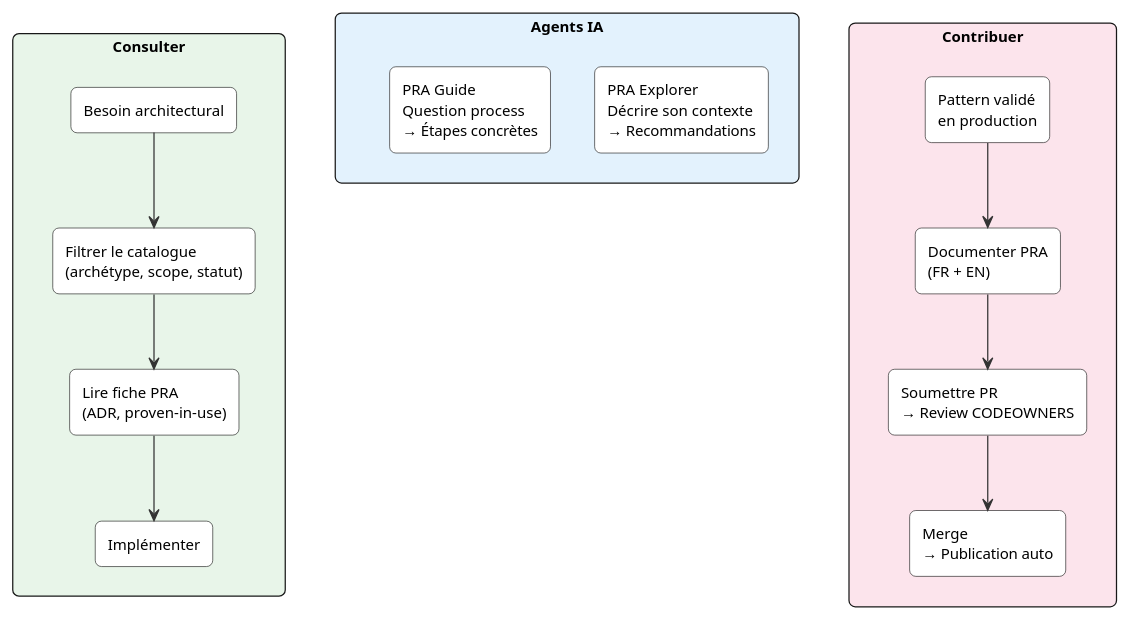
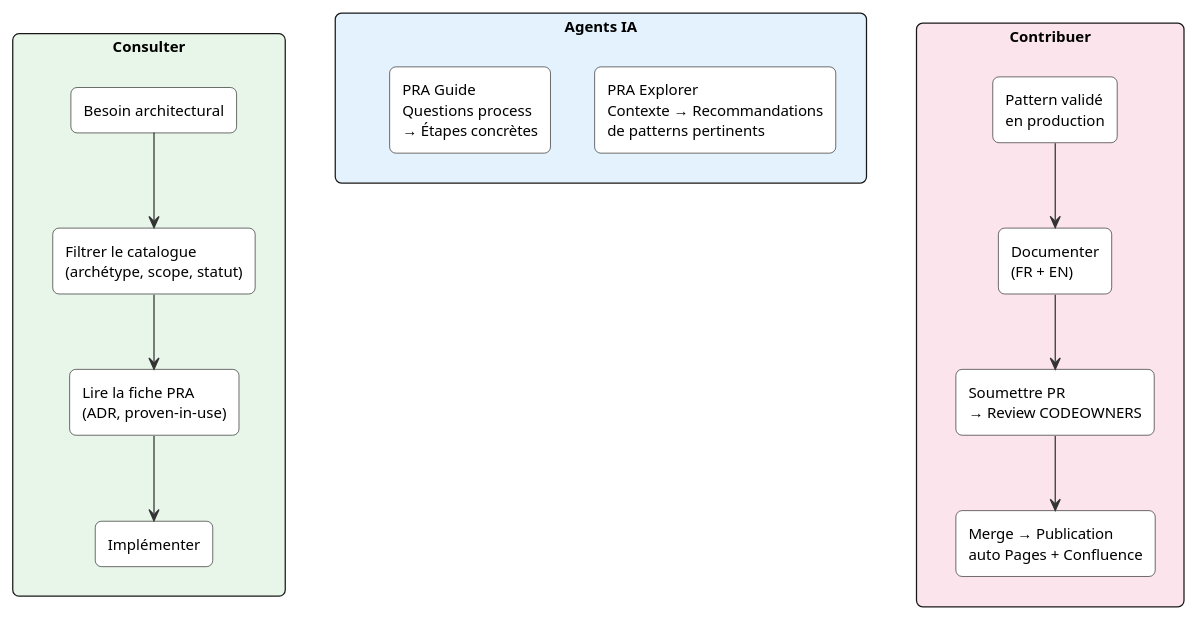
One commit to KiyaliHQ/proven-reusable-architecture changed the second of 6 diagrams in content/pras/fr/overview.adoc. Above: the diagram before and after it, drawn with PlantUML. The commit also changed other lines of this file and 2 other files, not shown here.

```diff
--- a/content/pras/fr/overview.adoc
+++ b/content/pras/fr/overview.adoc
@@ -55,39 +67,38 @@
 [plantuml]
 ----
 @startuml
 skinparam backgroundColor transparent
-skinparam defaultFontName "Segoe UI"
 skinparam defaultFontSize 12
 skinparam shadowing false
 skinparam roundCorner 10
 skinparam ArrowColor #333333
 
 rectangle "Consulter" as c1 #e8f5e9 {
   rectangle "Besoin architectural" as c1a #ffffff
   rectangle "Filtrer le catalogue\n(archétype, scope, statut)" as c1b #ffffff
-  rectangle "Lire fiche PRA\n(ADR, proven-in-use)" as c1c #ffffff
+  rectangle "Lire la fiche PRA\n(ADR, proven-in-use)" as c1c #ffffff
   rectangle "Implémenter" as c1d #ffffff
   c1a -down-> c1b
   c1b -down-> c1c
   c1c -down-> c1d
 }
 
 rectangle "Agents IA" as c2 #e3f2fd {
-  rectangle "PRA Explorer\nDécrire son contexte\n→ Recommandations" as c2a #ffffff
-  rectangle "PRA Guide\nQuestion process\n→ Étapes concrètes" as c2b #ffffff
+  rectangle "PRA Explorer\nContexte → Recommandations\nde patterns pertinents" as c2a #ffffff
+  rectangle "PRA Guide\nQuestions process\n→ Étapes concrètes" as c2b #ffffff
 }
 
 rectangle "Contribuer" as c3 #fce4ec {
   rectangle "Pattern validé\nen production" as c3a #ffffff
-  rectangle "Documenter PRA\n(FR + EN)" as c3b #ffffff
+  rectangle "Documenter\n(FR + EN)" as c3b #ffffff
   rectangle "Soumettre PR\n→ Review CODEOWNERS" as c3c #ffffff
-  rectangle "Merge\n→ Publication auto" as c3d #ffffff
+  rectangle "Merge → Publication\nauto Pages + Confluence" as c3d #ffffff
   c3a -down-> c3b
   c3b -down-> c3c
   c3c -down-> c3d
 }
 
 c1 -[hidden]right-> c2
 c2 -[hidden]right-> c3
 @enduml
 ----
```
